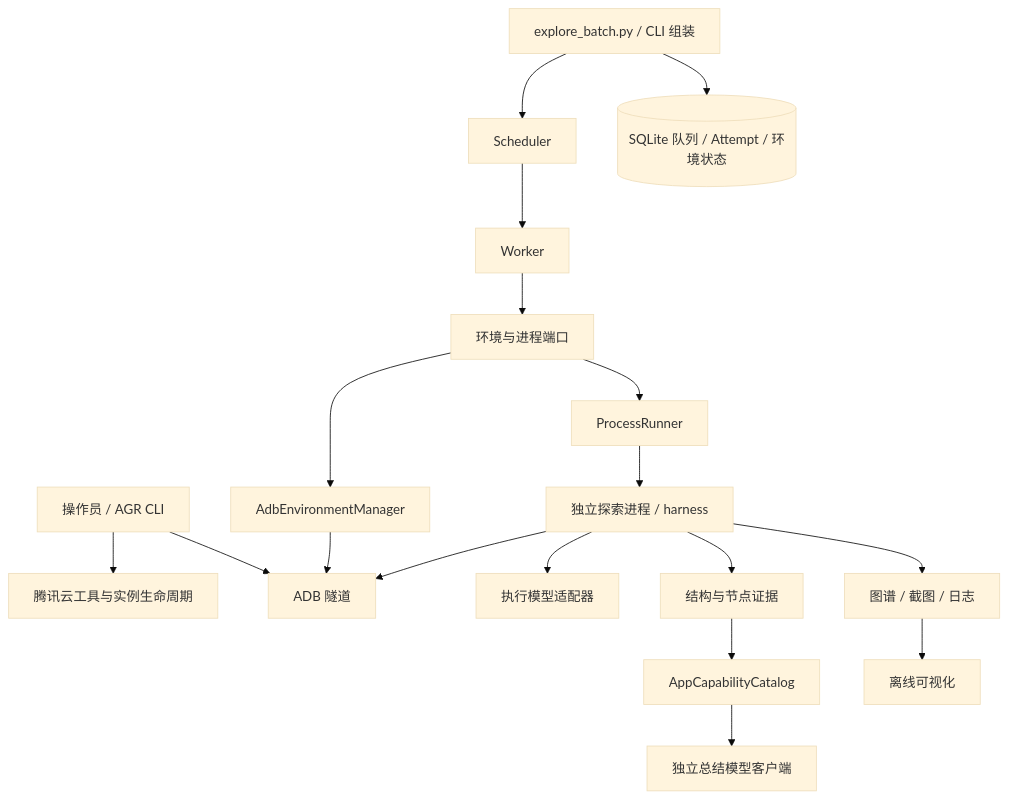
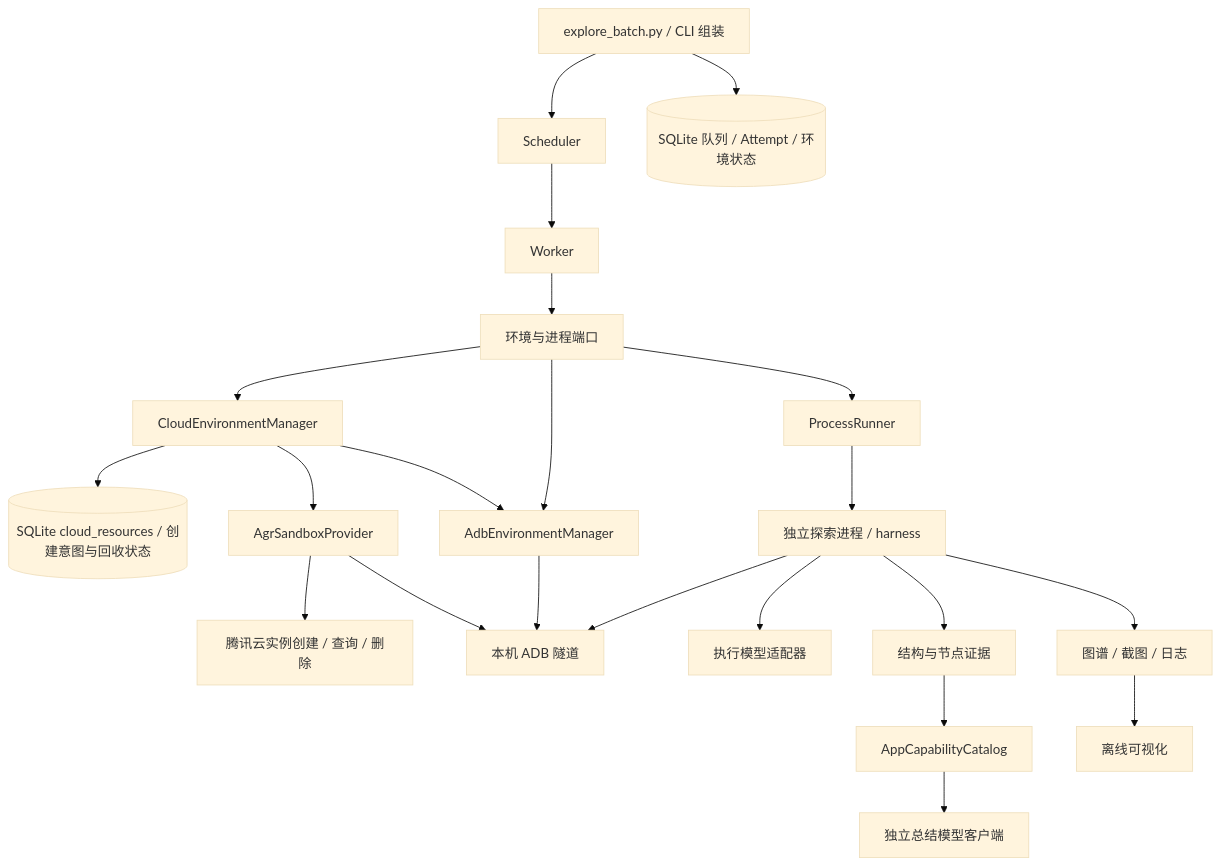
The first of 2 diagrams in docs/architecture.md (JianYan11/auto-explore), drawn with Mermaid (base theme) before and after one commit. The commit also changed other lines of this file and 17 other files, not shown here.

````diff
--- a/docs/architecture.md
+++ b/docs/architecture.md
@@ -7,20 +7,24 @@
 ```mermaid
 flowchart TD
-  Operator[操作员 / AGR CLI] --> Cloud[腾讯云工具与实例生命周期]
-  Operator --> Tunnel[ADB 隧道]
   CLI[explore_batch.py / CLI 组装] --> Scheduler[Scheduler]
   CLI --> Store[(SQLite 队列 / Attempt / 环境状态)]
   Scheduler --> Worker[Worker]
   Worker --> Ports[环境与进程端口]
+  Ports --> Manager[CloudEnvironmentManager]
+  Manager --> Journal[(SQLite cloud_resources / 创建意图与回收状态)]
+  Manager --> AGR[AgrSandboxProvider]
+  AGR --> Cloud[腾讯云实例创建 / 查询 / 删除]
+  AGR --> Tunnel[本机 ADB 隧道]
+  Manager --> ADB
   Ports --> ADB[AdbEnvironmentManager]
   ADB --> Tunnel
   Ports --> Process[ProcessRunner]
   Process --> Harness[独立探索进程 / harness]
   Harness --> Tunnel
   Harness --> Model[执行模型适配器]
   Harness --> Evidence[结构与节点证据]
   Evidence --> Catalog[AppCapabilityCatalog]
   Catalog --> Summary[独立总结模型客户端]
   Harness --> Artifacts[图谱 / 截图 / 日志]
   Artifacts --> Viewer[离线可视化]
 ```
````
